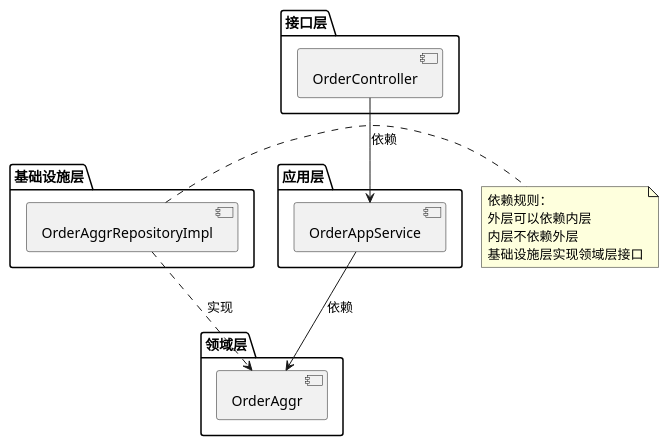
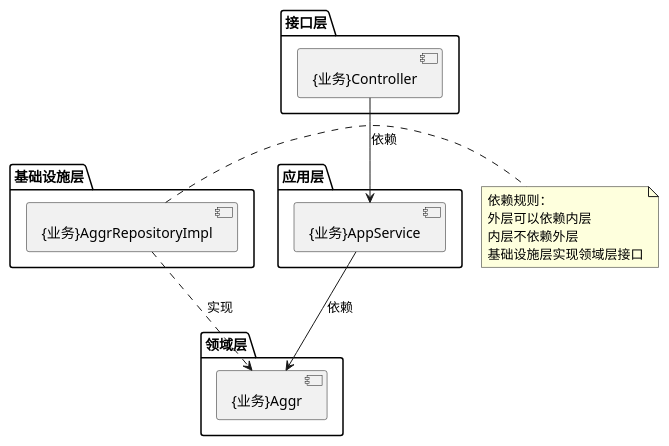
One commit to LeoNardo-LB/web-quick-start-domain changed the fourth of 14 diagrams in README.md. Above: the diagram before and after it, drawn with PlantUML. The commit also changed other lines of this file and 8 other files, not shown here.

````diff
--- a/README.md
+++ b/README.md
@@ -604,32 +627,32 @@
 ```plantuml
 @startuml 依赖规则
 
 package "接口层" {
-  [OrderController]
+  [{业务}Controller]
 }
 
 package "应用层" {
-  [OrderAppService]
+  [{业务}AppService]
 }
 
 package "领域层" {
-  [OrderAggr]
+  [{业务}Aggr]
 }
 
 package "基础设施层" {
-  [OrderAggrRepositoryImpl]
+  [{业务}AggrRepositoryImpl]
 }
 
-[OrderController] --> [OrderAppService] : 依赖
-[OrderAppService] --> [OrderAggr] : 依赖
-[OrderAggrRepositoryImpl] ..> [OrderAggr] : 实现
+[{业务}Controller] --> [{业务}AppService] : 依赖
+[{业务}AppService] --> [{业务}Aggr] : 依赖
+[{业务}AggrRepositoryImpl] ..> [{业务}Aggr] : 实现
 
 note right
   依赖规则：
   外层可以依赖内层
   内层不依赖外层
   基础设施层实现领域层接口
 end note
 
 @enduml
 ```
````
